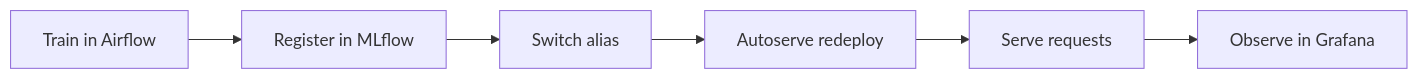
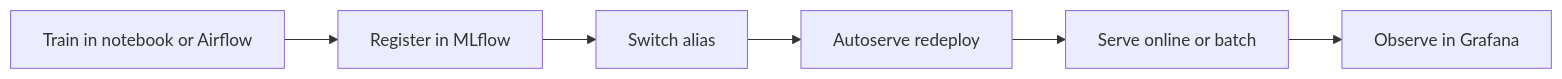
The diagram in docs/SIMPLE_DIAGRAM.md (AleksTurov/mlops), drawn with Mermaid before and after one commit. The commit also changed other lines of this file and 3 other files, not shown here.

Commit message:
docs: update README and architecture documentation for clarity; enhance SIMPLE_DIAGRAM with training options

````diff
--- a/docs/SIMPLE_DIAGRAM.md
+++ b/docs/SIMPLE_DIAGRAM.md
@@ -7,8 +7,8 @@
 ```mermaid
 flowchart LR
-    A[Train in Airflow] --> B[Register in MLflow]
+    A[Train in notebook or Airflow] --> B[Register in MLflow]
     B --> C[Switch alias]
     C --> D[Autoserve redeploy]
-    D --> E[Serve requests]
+    D --> E[Serve online or batch]
     E --> F[Observe in Grafana]
 ```
````
